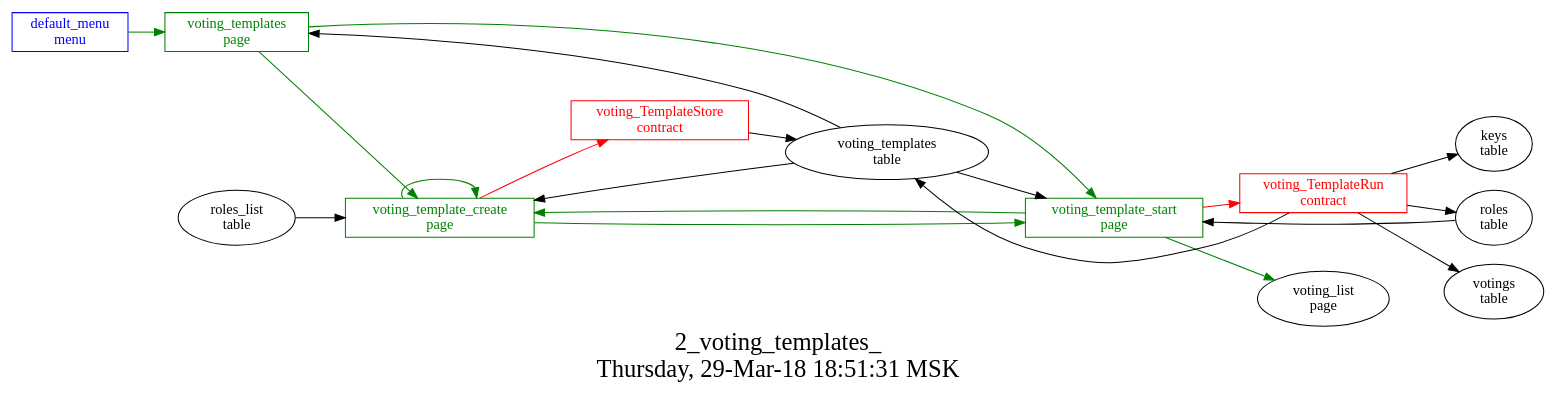
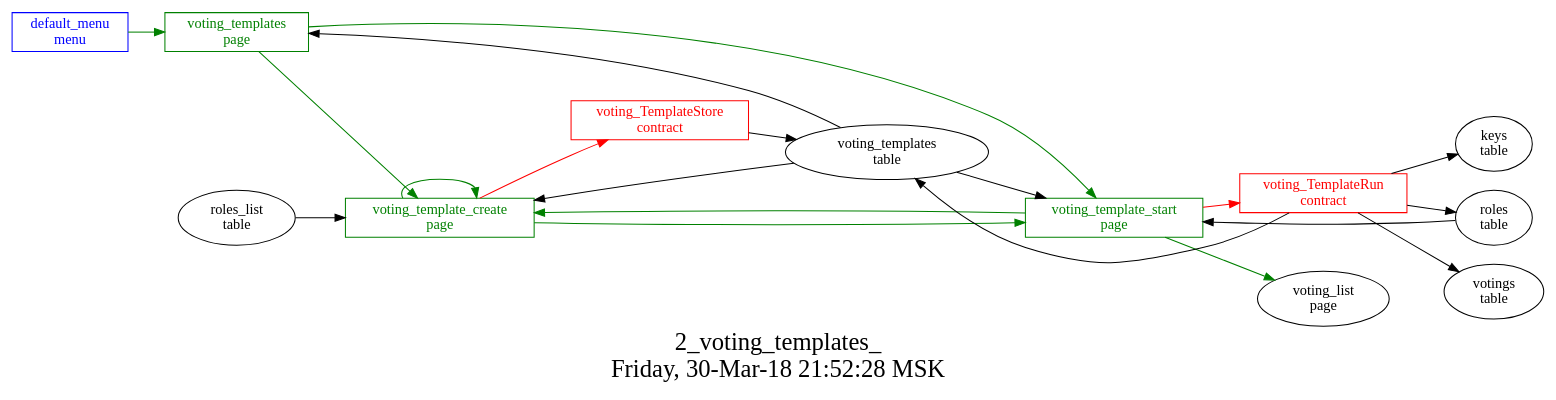
Before and after one commit to AplaProject/apps: the diagram in src/basic/basic_main/2_voting_templates_json/struct.dot, drawn with Graphviz. The commit also changed 12 other files, not shown here.

```diff
--- a/src/basic/basic_main/2_voting_templates_json/struct.dot
+++ b/src/basic/basic_main/2_voting_templates_json/struct.dot
@@ -1,36 +1,36 @@
 digraph G {
 graph [
   fontsize="24";
-  label="2_voting_templates_\nThursday, 29-Mar-18 18:51:31 MSK";
+  label="2_voting_templates_\nFriday, 30-Mar-18 21:52:28 MSK";
   nojustify=true;
   ordering=out;
   rankdir=LR;
   size="30";
 ];
 "default_menu\nmenu" -> "voting_templates\npage"  [ color=green ]
 "default_menu\nmenu" [color=blue, fontcolor=blue, group=menus, shape=record];
 "voting_template_create\npage" -> "voting_TemplateStore\ncontract"  [ color=red ]
 "voting_templates\ntable" -> "voting_template_create\npage"  [ color="" ]
 "roles_list\ntable" -> "voting_template_create\npage"  [ color="" ]
 "voting_template_create\npage" -> "voting_template_create\npage"  [ color=green ]
 "voting_template_create\npage" -> "voting_template_start\npage"  [ color=green ]
 "voting_template_create\npage" [color=green, fontcolor=green, group=pages, shape=record];
 "voting_template_start\npage" -> "voting_TemplateRun\ncontract"  [ color=red ]
 "voting_templates\ntable" -> "voting_template_start\npage"  [ color="" ]
 "roles\ntable" -> "voting_template_start\npage"  [ color="" ]
 "voting_template_start\npage" -> "voting_template_create\npage"  [ color=green ]
 "voting_template_start\npage" -> "voting_list\npage"  [ color=green ]
 "voting_template_start\npage" [color=green, fontcolor=green, group=pages, shape=record];
 "voting_templates\ntable" -> "voting_templates\npage"  [ color="" ]
 "voting_templates\npage" -> "voting_template_start\npage"  [ color=green ]
 "voting_templates\npage" -> "voting_template_create\npage"  [ color=green ]
 "voting_templates\npage" [color=green, fontcolor=green, group=pages, shape=record];
 "voting_TemplateRun\ncontract" -> "voting_templates\ntable"  [ color="" ]
 "voting_TemplateRun\ncontract" -> "keys\ntable"  [ color="" ]
 "voting_TemplateRun\ncontract" -> "roles\ntable"  [ color="" ]
 "voting_TemplateRun\ncontract" -> "votings\ntable"  [ color="" ]
 "voting_TemplateRun\ncontract" [color=red, fontcolor=red, group=contracts, shape=record];
 "voting_TemplateStore\ncontract" -> "voting_templates\ntable"  [ color="" ]
 "voting_TemplateStore\ncontract" [color=red, fontcolor=red, group=contracts, shape=record];
 "voting_templates\ntable" [color="", fontcolor="", group=tables, shape=""];
 }
```
